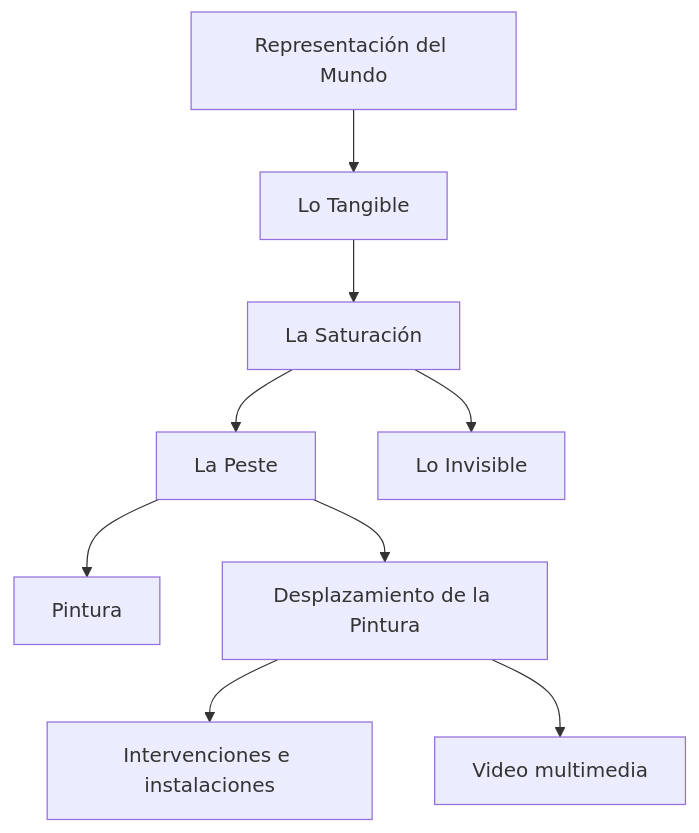
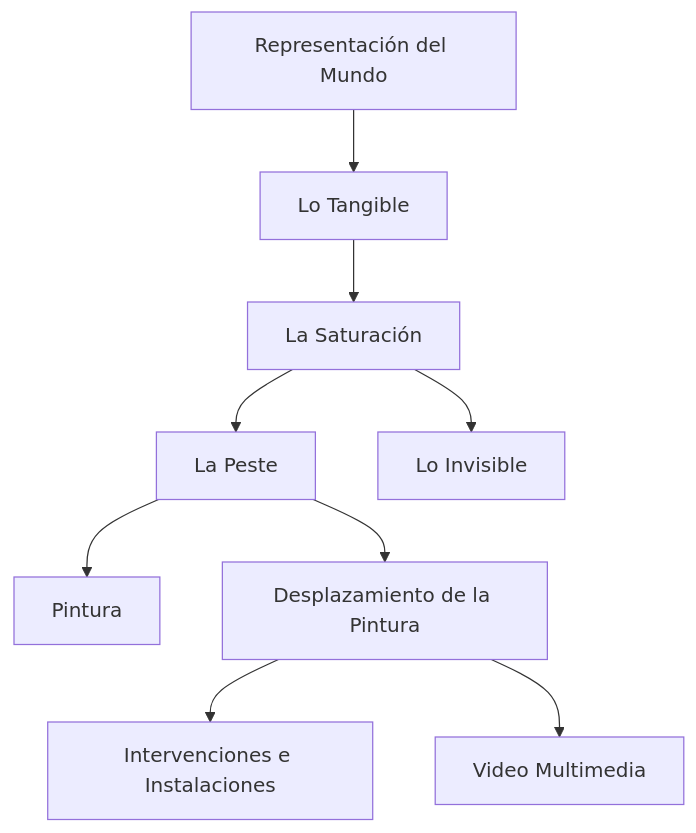
Before and after one commit to EGGS-Artesvisuales/EGGS-Artesvisuales.github.io: the diagram in ES/saturacion.md, drawn with Mermaid. The commit also changed other lines of this file, not shown here.

```diff
--- a/ES/saturacion.md
+++ b/ES/saturacion.md
@@ -66,24 +14,25 @@
 <div class="mermaid">
 graph TD
-    A[Representación del Mundo]
-    A1[Lo Tangible]
-    LS[La Saturación]
-    LP[La Peste]
-    LI[Lo Invisible]
-    P[Pintura]
-    DP[Desplazamiento de la Pintura]
-    DPI[Intervenciones e instalaciones]
-    DPV[Video multimedia]
+  RM[Representación del Mundo]
+  LT[Lo Tangible]
+  LS[La Saturación]
+  LP[La Peste]
+  LI[Lo Invisible]
+  P[Pintura]
+  DP[Desplazamiento de la Pintura]
+  DPI[Intervenciones e Instalaciones]
+  DPV[Video Multimedia]
 
-    A --> A1
-    A1 --> LS
-    LS --> LP
-    LS --> LI
-    LP --> P
-    LP --> DP
-    DP --> DPI
-    DP --> DPV
+  RM --> LT
+  LT --> LS
+  LS --> LP
+  LS --> LI
+  LP --> P
+  LP --> DP
+  DP --> DPI
+  DP --> DPV
 
-    click LS "/la-saturacion.html" "Ir a La Saturación"
-    click LP "/la-peste.html" "Ir a La Peste"
+  click LS "/Es/saturacion.html" "Ir a La Saturación"
+  click LP "/Es/la-peste.html" "Ir a La Peste"
+  click LI "/Es/lo-invisible.html" "Ir a Lo Invisible"
 </div>
```
